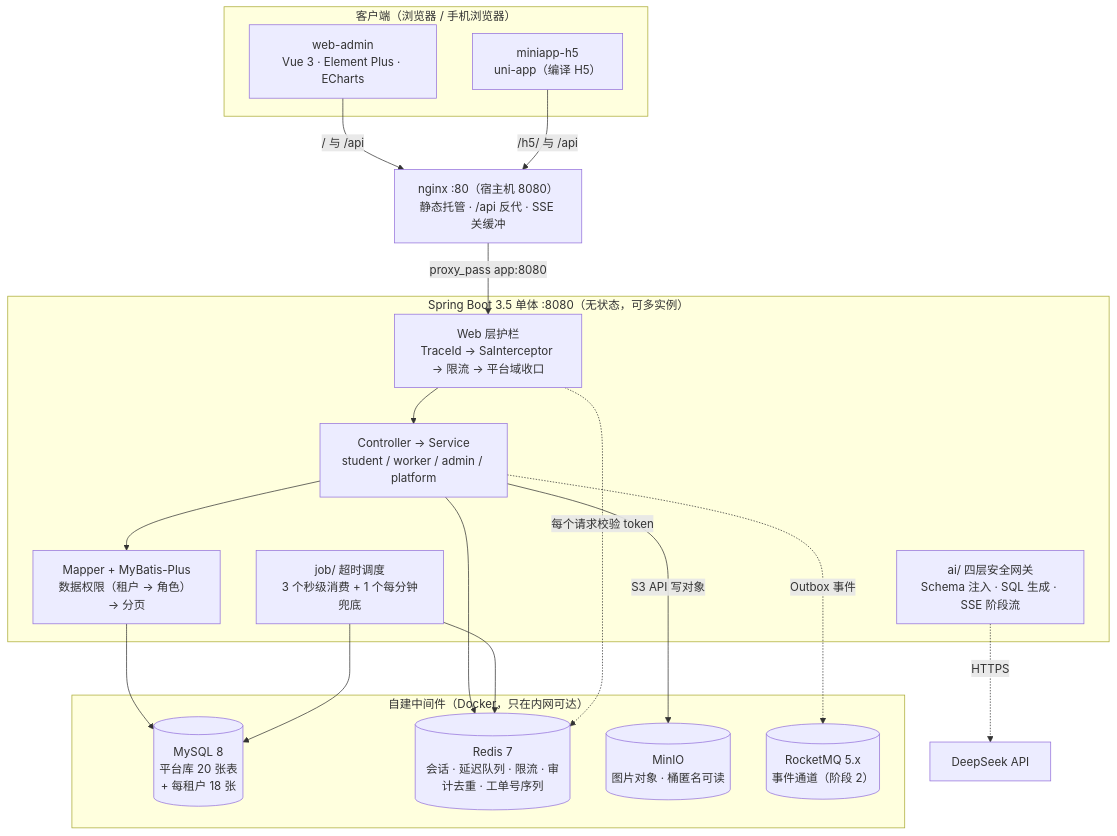
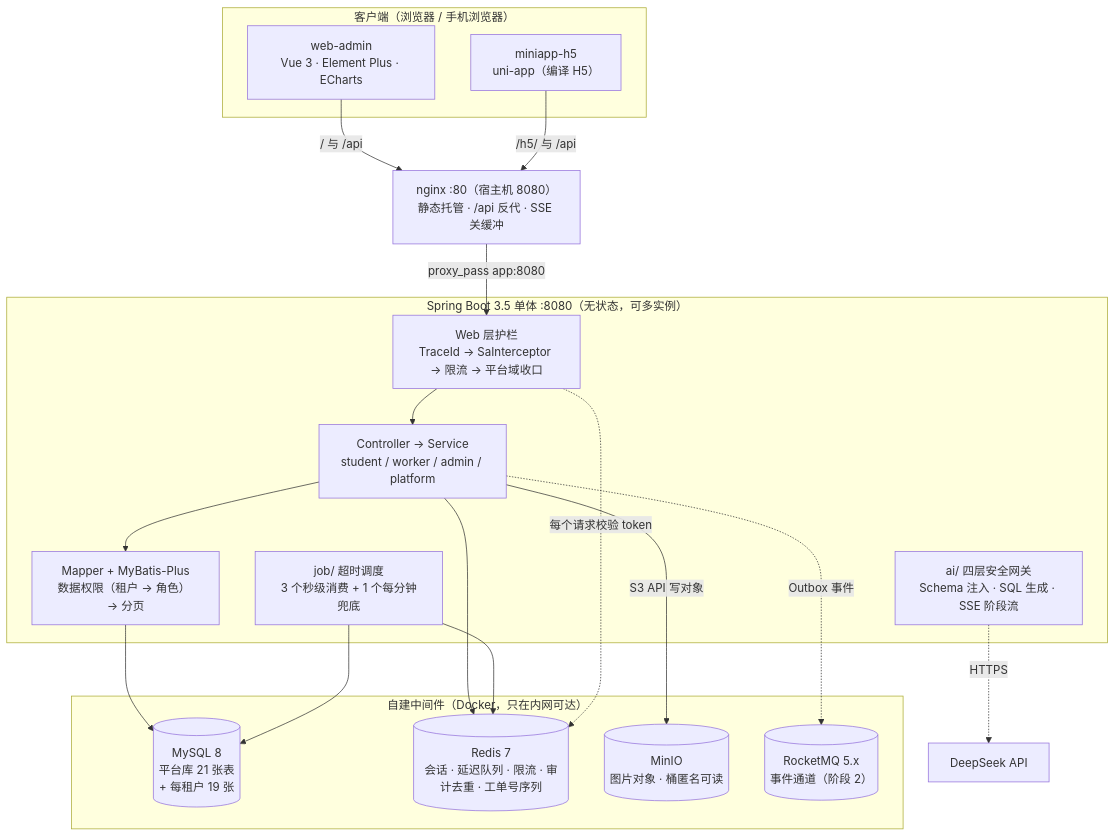
Before and after one commit to bluemalic/repair-platform: the diagram in README.md, drawn with Mermaid. The commit also changed other lines of this file and 28 other files, not shown here.

````diff
--- a/README.md
+++ b/README.md
@@ -67,40 +67,40 @@
 ```mermaid
 flowchart TB
     subgraph client["客户端（浏览器 / 手机浏览器）"]
         adminApp["web-admin<br/>Vue 3 · Element Plus · ECharts"]
         h5App["miniapp-h5<br/>uni-app（编译 H5）"]
     end
 
     nginx["nginx :80（宿主机 8080）<br/>静态托管 · /api 反代 · SSE 关缓冲"]
 
     subgraph boot["Spring Boot 3.5 单体 :8080（无状态，可多实例）"]
         guard["Web 层护栏<br/>TraceId → SaInterceptor → 限流 → 平台域收口"]
         biz["Controller → Service<br/>student / worker / admin / platform"]
         orm["Mapper + MyBatis-Plus<br/>数据权限（租户 → 角色） → 分页"]
         sched["job/ 超时调度<br/>3 个秒级消费 + 1 个每分钟兜底"]
         aiPkg["ai/ 四层安全网关<br/>Schema 注入 · SQL 生成 · SSE 阶段流"]
     end
 
     subgraph infra["自建中间件（Docker，只在内网可达）"]
-        mysql[("MySQL 8<br/>平台库 20 张表<br/>+ 每租户 18 张")]
+        mysql[("MySQL 8<br/>平台库 21 张表<br/>+ 每租户 19 张")]
         redis[("Redis 7<br/>会话 · 延迟队列 · 限流 · 审计去重 · 工单号序列")]
         minio[("MinIO<br/>图片对象 · 桶匿名可读")]
         rocketmq[("RocketMQ 5.x<br/>事件通道（阶段 2）")]
     end
 
     deepseek["DeepSeek API"]
 
     adminApp -->|"/ 与 /api"| nginx
     h5App -->|"/h5/ 与 /api"| nginx
     nginx -->|"proxy_pass app:8080"| guard
     guard --> biz
     biz --> orm
     orm --> mysql
     biz --> redis
     biz -->|"S3 API 写对象"| minio
     biz -.->|"Outbox 事件"| rocketmq
     sched --> redis
     sched --> mysql
     guard -.->|"每个请求校验 token"| redis
     aiPkg -.->|"HTTPS"| deepseek
 ```
````
